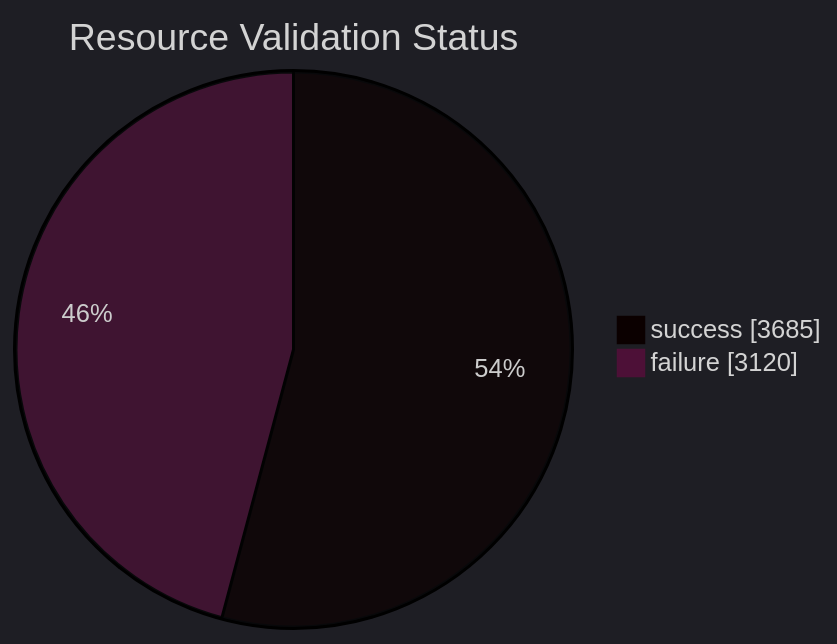
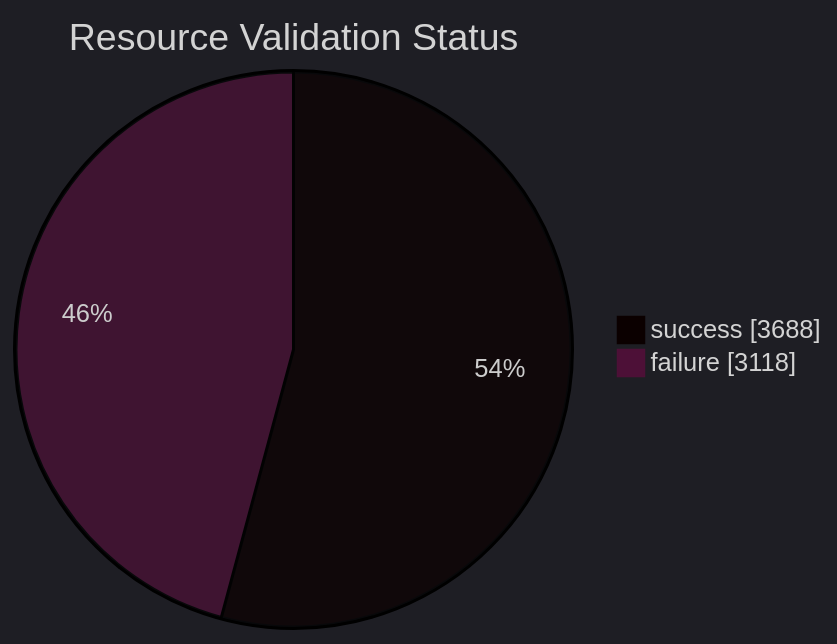
One commit to open-data/analytics-corporate-reporting changed the first of 5 diagrams in datastore_tracker/README.md. Above: the diagram before and after it, drawn with Mermaid. The commit also changed 8 other files, not shown here.

````diff
--- a/datastore_tracker/README.md
+++ b/datastore_tracker/README.md
@@ -20,9 +20,9 @@
 ```mermaid
 ---
 config:
   theme: dark
 ---
 pie showData title Resource Validation Status
-    "success": 3685
-    "failure": 3120
+    "success": 3688
+    "failure": 3118
 ```
````
